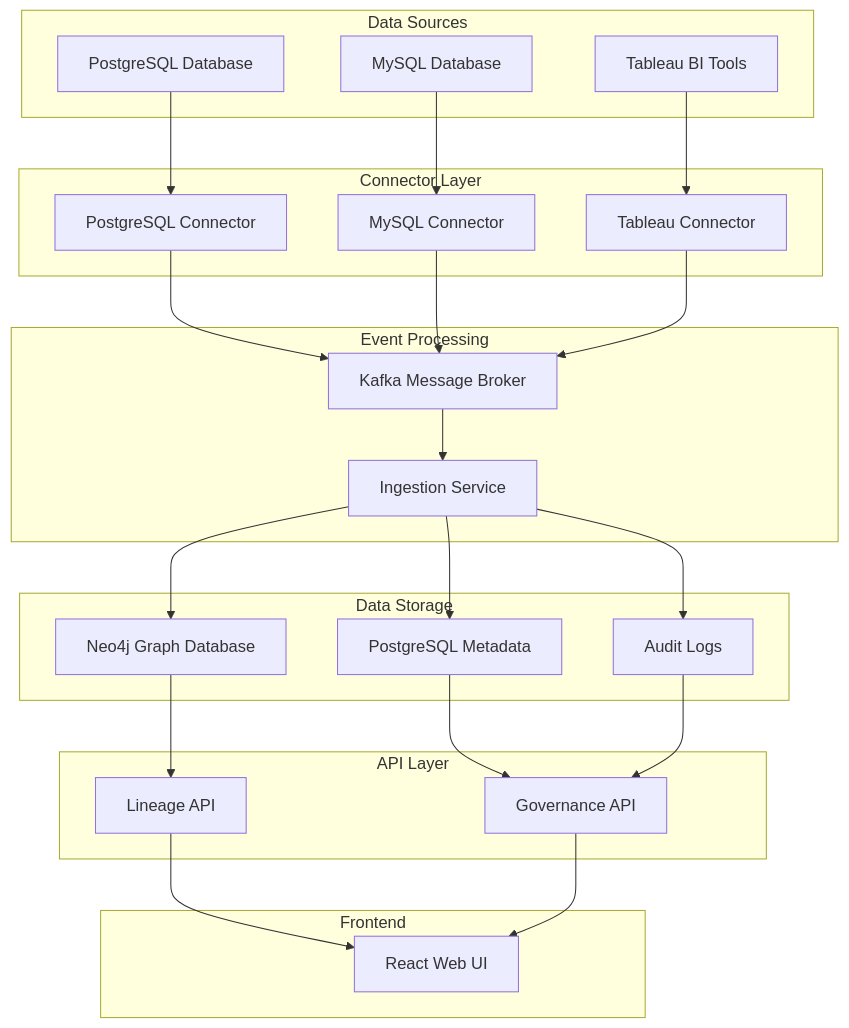
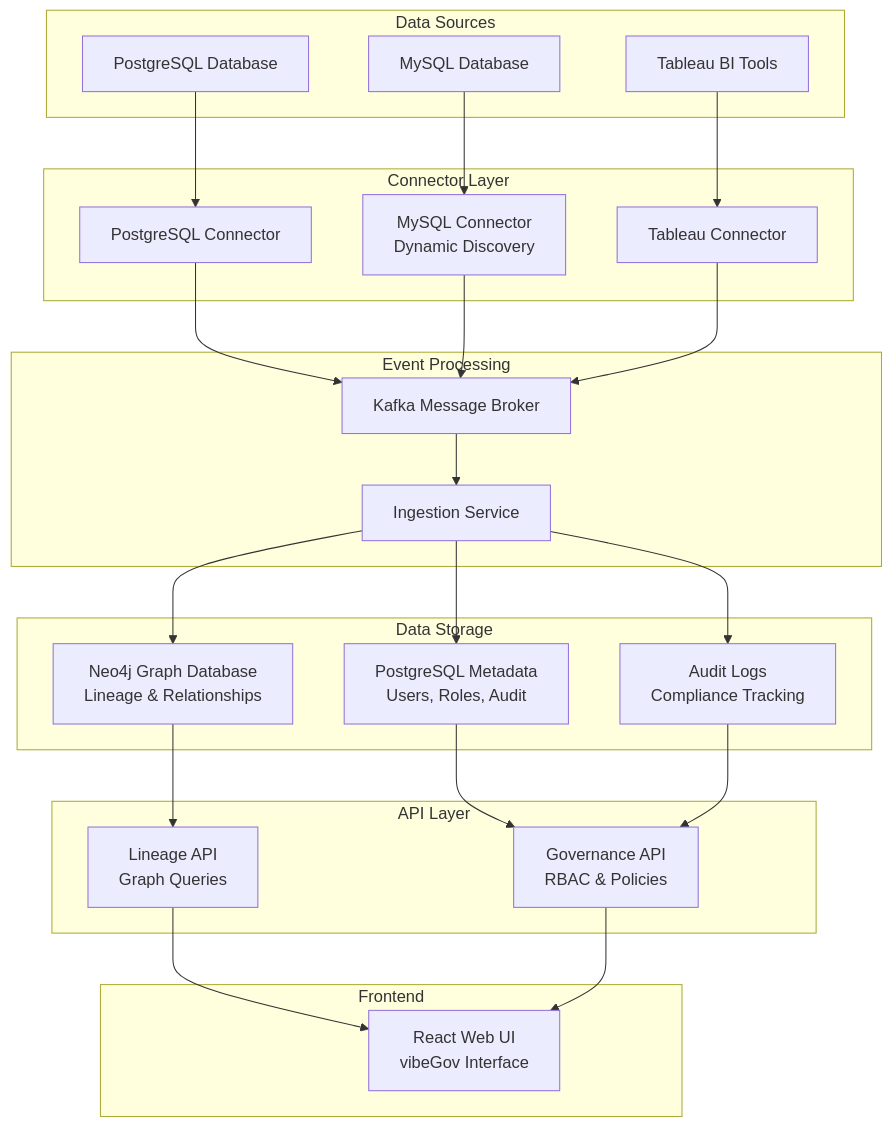
One commit to samal/vibe-gov changed the diagram in README.md. Above: the diagram before and after it, drawn with Mermaid. The commit also changed other lines of this file, not shown here.

````diff
--- a/README.md
+++ b/README.md
@@ -88,54 +134,54 @@
 ```mermaid
 graph TB
     subgraph "Data Sources"
         A[PostgreSQL Database]
         B[MySQL Database]
         C[Tableau BI Tools]
     end
 
     subgraph "Connector Layer"
         D[PostgreSQL Connector]
-        E[MySQL Connector]
+        E[MySQL Connector<br/>Dynamic Discovery]
         F[Tableau Connector]
     end
 
     subgraph "Event Processing"
         G[Kafka Message Broker]
         H[Ingestion Service]
     end
 
     subgraph "Data Storage"
-        I[Neo4j Graph Database]
-        J[PostgreSQL Metadata]
-        K[Audit Logs]
+        I[Neo4j Graph Database<br/>Lineage & Relationships]
+        J[PostgreSQL Metadata<br/>Users, Roles, Audit]
+        K[Audit Logs<br/>Compliance Tracking]
     end
 
     subgraph "API Layer"
-        L[Lineage API]
-        M[Governance API]
+        L[Lineage API<br/>Graph Queries]
+        M[Governance API<br/>RBAC & Policies]
     end
 
     subgraph "Frontend"
-        N[React Web UI]
+        N[React Web UI<br/>vibeGov Interface]
     end
 
     A --> D
     B --> E
     C --> F
     
     D --> G
     E --> G
     F --> G
     
     G --> H
     H --> I
     H --> J
     H --> K
     
     I --> L
     J --> M
     K --> M
     
     L --> N
     M --> N
 ```
````
